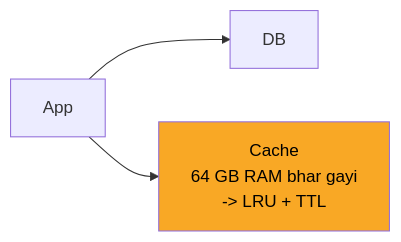
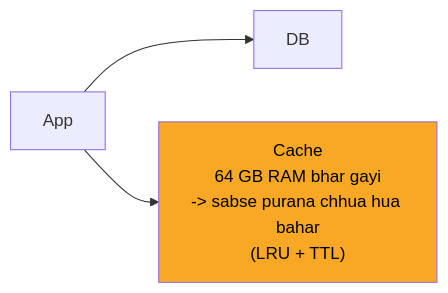
Before and after one commit to ArpanMaheshwari144/Prep: the second of 8 diagrams in 04_HLD/SYSTEM_DESIGNS/10_distributed_cache/10_distributed_cache.md, drawn with Mermaid. The commit also changed other lines of this file and 13 other files, not shown here.

````diff
--- a/04_HLD/SYSTEM_DESIGNS/10_distributed_cache/10_distributed_cache.md
+++ b/04_HLD/SYSTEM_DESIGNS/10_distributed_cache/10_distributed_cache.md
@@ -104,9 +104,9 @@
 ```mermaid
 flowchart LR
     n_App["App"]
     n_DB["DB"]
-    n_Cache["Cache<br/>64 GB RAM bhar gayi<br/>-> LRU + TTL"]
+    n_Cache["Cache<br/>64 GB RAM bhar gayi<br/>-> sabse purana chhua hua bahar<br/>(LRU + TTL)"]
     n_App --> n_DB
     n_App --> n_Cache
     style n_Cache fill:#f9a825,color:#000
 ```
````
